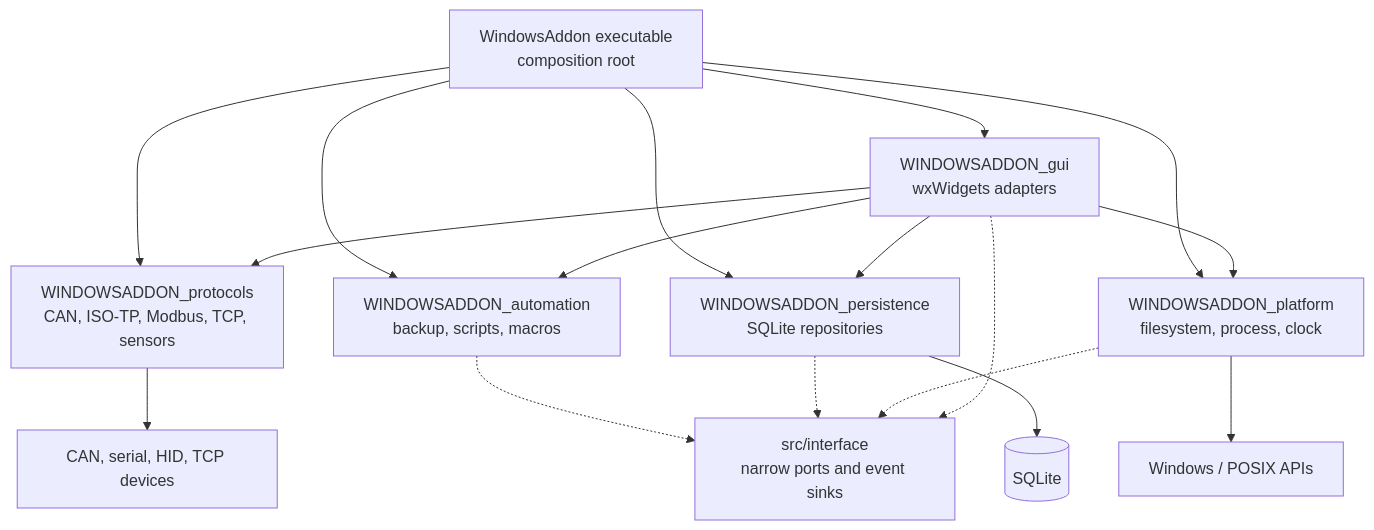
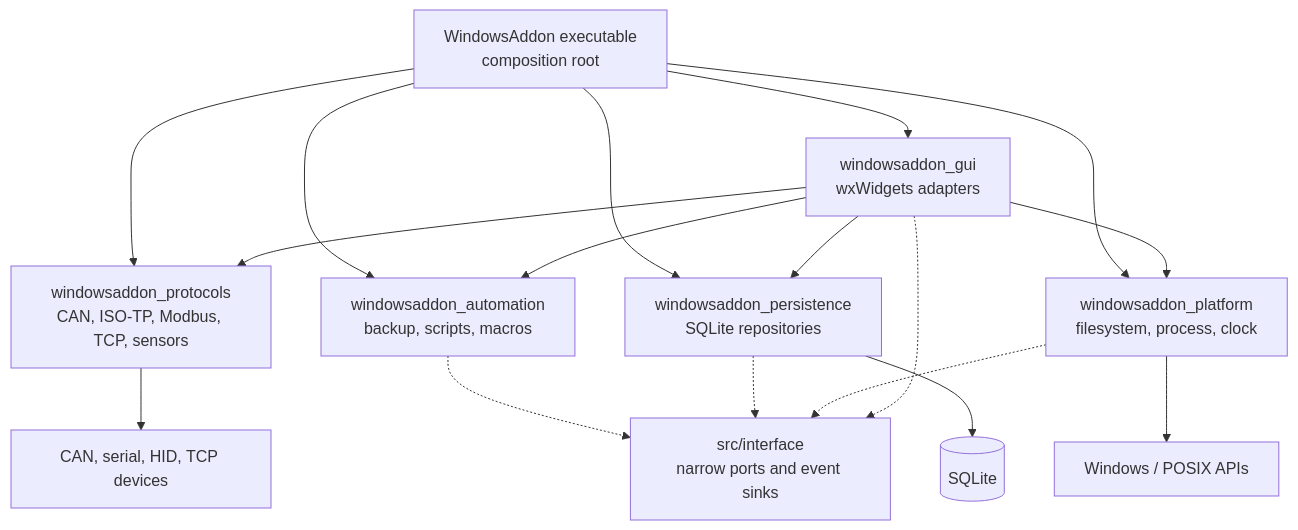
One commit to kurta999/WindowsAddon changed the first of 2 diagrams in docs/architecture.md. Above: the diagram before and after it, drawn with Mermaid. The commit also changed other lines of this file and 26 other files, not shown here.

````diff
--- a/docs/architecture.md
+++ b/docs/architecture.md
@@ -20,26 +20,26 @@
 ```mermaid
 flowchart TD
-    app["WindowsAddon executable<br/>composition root"] --> gui["WINDOWSADDON_gui<br/>wxWidgets adapters"]
-    app --> protocols["WINDOWSADDON_protocols<br/>CAN, ISO-TP, Modbus, TCP, sensors"]
-    app --> persistence["WINDOWSADDON_persistence<br/>SQLite repositories"]
-    app --> automation["WINDOWSADDON_automation<br/>backup, scripts, macros"]
-    app --> platform["WINDOWSADDON_platform<br/>filesystem, process, clock"]
+    app["WindowsAddon executable<br/>composition root"] --> gui["windowsaddon_gui<br/>wxWidgets adapters"]
+    app --> protocols["windowsaddon_protocols<br/>CAN, ISO-TP, Modbus, TCP, sensors"]
+    app --> persistence["windowsaddon_persistence<br/>SQLite repositories"]
+    app --> automation["windowsaddon_automation<br/>backup, scripts, macros"]
+    app --> platform["windowsaddon_platform<br/>filesystem, process, clock"]
 
     gui --> protocols
     gui --> persistence
     gui --> automation
     gui --> platform
 
     ports["src/interface<br/>narrow ports and event sinks"]
     automation -.-> ports
     persistence -.-> ports
     platform -.-> ports
     gui -.-> ports
 
     sqlite[("SQLite")]
     os["Windows / POSIX APIs"]
     devices["CAN, serial, HID, TCP devices"]
     persistence --> sqlite
     platform --> os
     protocols --> devices
 ```
````
